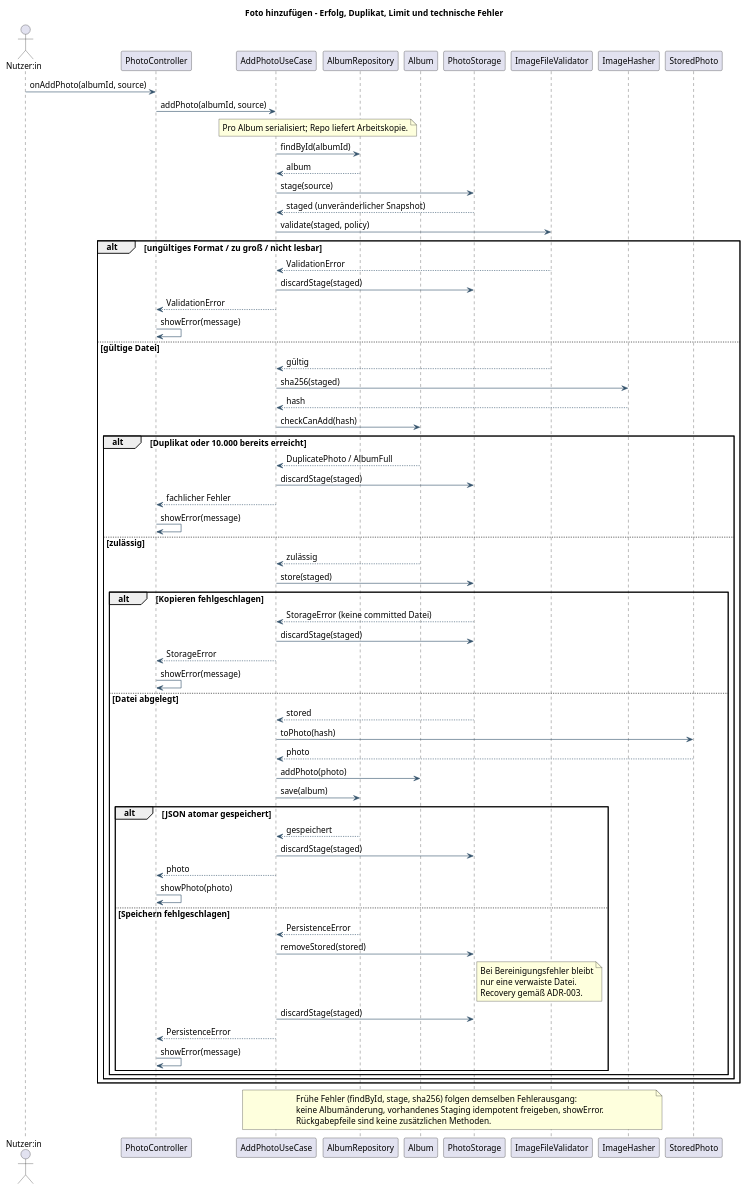
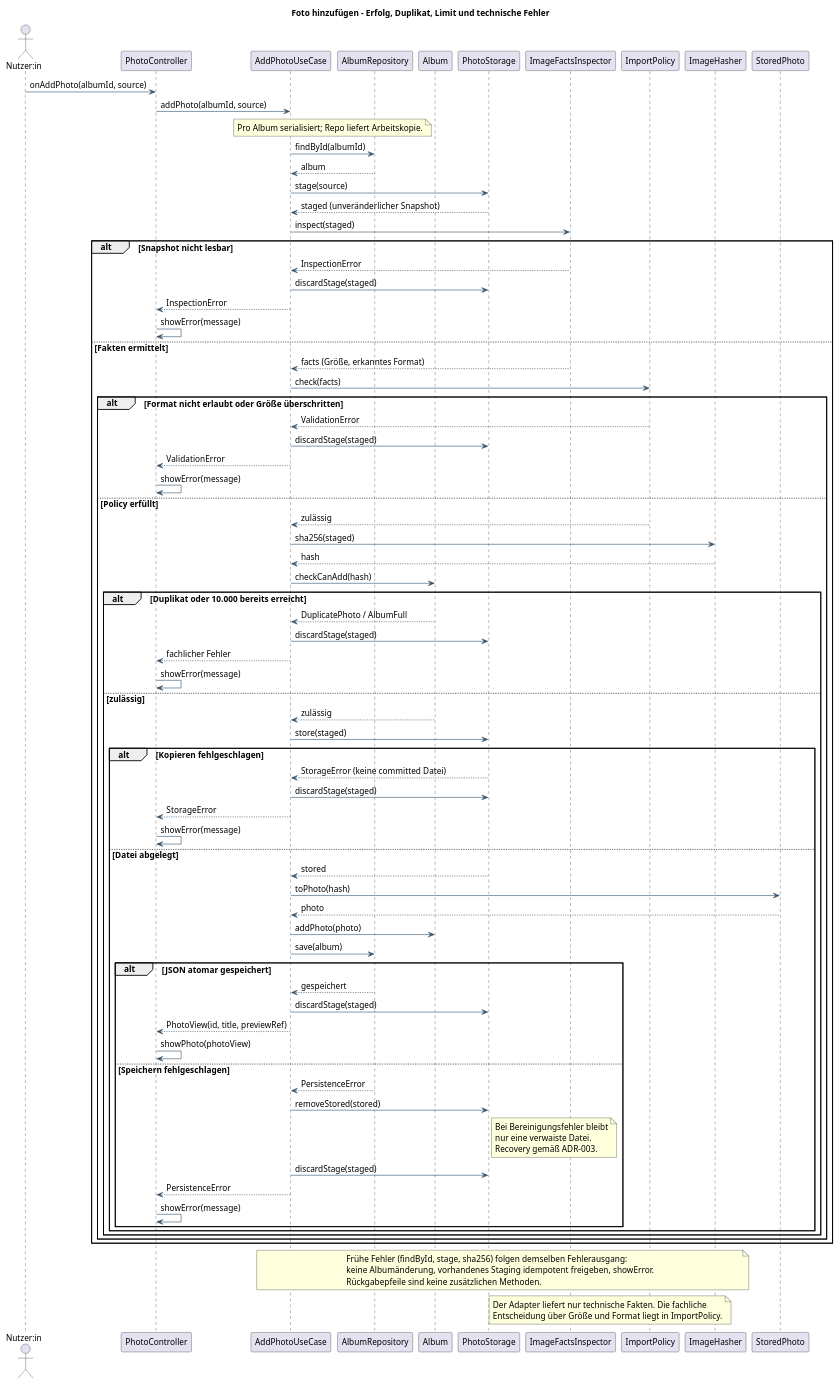
The diagram in docs/design/foto-hinzufuegen.puml (ichessebaeume1/PhotoApp), drawn with PlantUML before and after one commit. The commit also changed 13 other files, not shown here.

```diff
--- a/docs/design/foto-hinzufuegen.puml
+++ b/docs/design/foto-hinzufuegen.puml
@@ -1,83 +1,97 @@
 @startuml
 skinparam backgroundColor white
 skinparam shadowing false
 skinparam defaultFontName SansSerif
 skinparam defaultFontSize 14
 skinparam classAttributeIconSize 0
 skinparam packageStyle rectangle
 skinparam ArrowColor #34536B
 skinparam classBackgroundColor #F1F6FA
 skinparam classBorderColor #34536B
 title Foto hinzufügen – Erfolg, Duplikat, Limit und technische Fehler
 actor "Nutzer:in" as User
 participant PhotoController as UI
 participant AddPhotoUseCase as UC
 participant AlbumRepository as Repo
 participant Album
 participant PhotoStorage as Storage
-participant ImageFileValidator as Validator
+participant ImageFactsInspector as Inspector
+participant ImportPolicy as Policy
 participant ImageHasher as Hasher
 participant StoredPhoto as Stored
 User -> UI : onAddPhoto(albumId, source)
 UI -> UC : addPhoto(albumId, source)
 note over UC,Repo : Pro Album serialisiert; Repo liefert Arbeitskopie.
 UC -> Repo : findById(albumId)
 Repo --> UC : album
 UC -> Storage : stage(source)
 Storage --> UC : staged (unveränderlicher Snapshot)
-UC -> Validator : validate(staged, policy)
-alt ungültiges Format / zu groß / nicht lesbar
- Validator --> UC : ValidationError
+UC -> Inspector : inspect(staged)
+alt Snapshot nicht lesbar
+ Inspector --> UC : InspectionError
  UC -> Storage : discardStage(staged)
- UC --> UI : ValidationError
+ UC --> UI : InspectionError
  UI -> UI : showError(message)
-else gültige Datei
- Validator --> UC : gültig
+else Fakten ermittelt
+ Inspector --> UC : facts (Größe, erkanntes Format)
+ UC -> Policy : check(facts)
+ alt Format nicht erlaubt oder Größe überschritten
+  Policy --> UC : ValidationError
+  UC -> Storage : discardStage(staged)
+  UC --> UI : ValidationError
+  UI -> UI : showError(message)
+ else Policy erfüllt
+  Policy --> UC : zulässig
  UC -> Hasher : sha256(staged)
  Hasher --> UC : hash
  UC -> Album : checkCanAdd(hash)
  alt Duplikat oder 10.000 bereits erreicht
   Album --> UC : DuplicatePhoto / AlbumFull
   UC -> Storage : discardStage(staged)
   UC --> UI : fachlicher Fehler
   UI -> UI : showError(message)
  else zulässig
   Album --> UC : zulässig
   UC -> Storage : store(staged)
   alt Kopieren fehlgeschlagen
    Storage --> UC : StorageError (keine committed Datei)
    UC -> Storage : discardStage(staged)
    UC --> UI : StorageError
    UI -> UI : showError(message)
   else Datei abgelegt
    Storage --> UC : stored
    UC -> Stored : toPhoto(hash)
    Stored --> UC : photo
    UC -> Album : addPhoto(photo)
    UC -> Repo : save(album)
    alt JSON atomar gespeichert
     Repo --> UC : gespeichert
     UC -> Storage : discardStage(staged)
-    UC --> UI : photo
-    UI -> UI : showPhoto(photo)
+    UC --> UI : PhotoView(id, title, previewRef)
+    UI -> UI : showPhoto(photoView)
    else Speichern fehlgeschlagen
     Repo --> UC : PersistenceError
     UC -> Storage : removeStored(stored)
     note right of Storage
 Bei Bereinigungsfehler bleibt
 nur eine verwaiste Datei.
 Recovery gemäß ADR-003.
 end note
     UC -> Storage : discardStage(staged)
     UC --> UI : PersistenceError
     UI -> UI : showError(message)
    end
   end
  end
+ end
 end
 note over UC,Hasher
 Frühe Fehler (findById, stage, sha256) folgen demselben Fehlerausgang:
 keine Albumänderung, vorhandenes Staging idempotent freigeben, showError.
 Rückgabepfeile sind keine zusätzlichen Methoden.
 end note
+note over Inspector,Policy
+Der Adapter liefert nur technische Fakten. Die fachliche
+Entscheidung über Größe und Format liegt in ImportPolicy.
+end note
 @enduml
```
